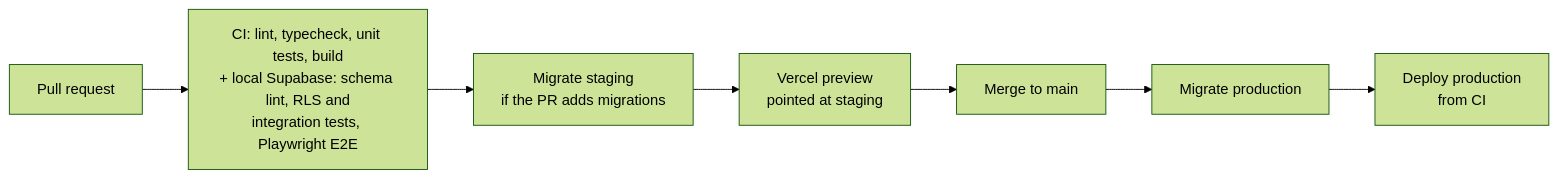
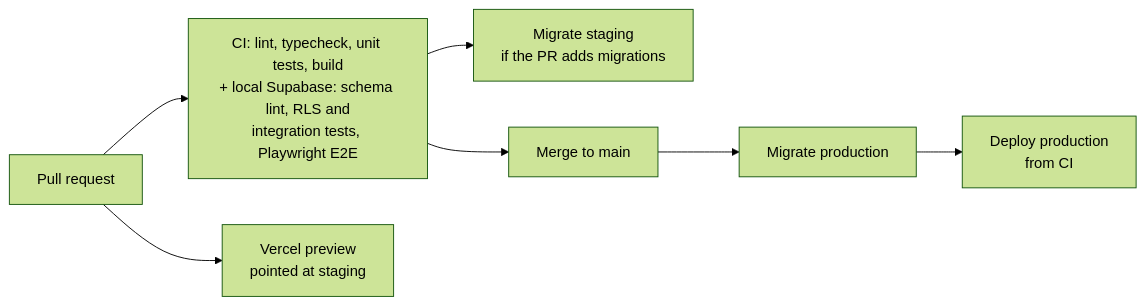
The second of 2 diagrams in README.md (dev-nilo/nextjs-squadra), drawn with Mermaid (forest theme) before and after one commit. The commit also changed other lines of this file and 10 other files, not shown here.

````diff
--- a/README.md
+++ b/README.md
@@ -60,8 +61,8 @@
 ```mermaid
 flowchart LR
   PR[Pull request] --> CI["CI: lint, typecheck, unit tests, build<br/>+ local Supabase: schema lint, RLS and<br/>integration tests, Playwright E2E"]
+  PR --> PRV[Vercel preview<br/>pointed at staging]
   CI --> STG[Migrate staging<br/>if the PR adds migrations]
-  STG --> PRV[Vercel preview<br/>pointed at staging]
-  PRV --> MERGE[Merge to main]
+  CI --> MERGE[Merge to main]
   MERGE --> MP[Migrate production] --> DP[Deploy production<br/>from CI]
 ```
````
